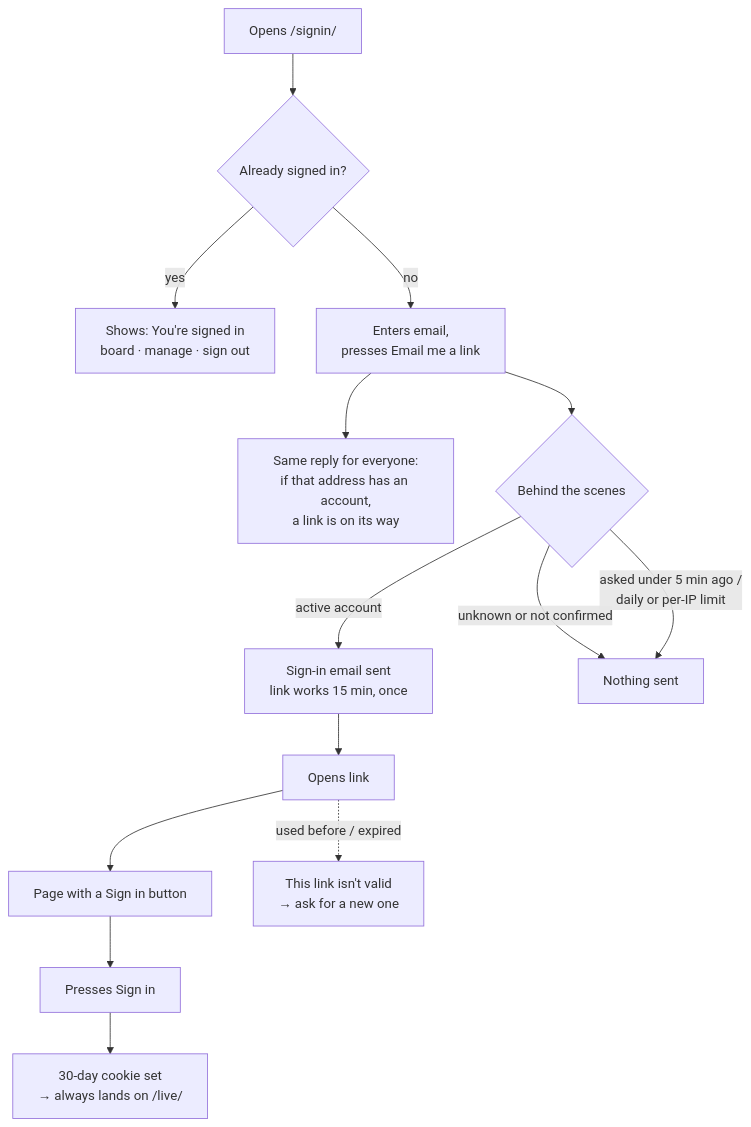
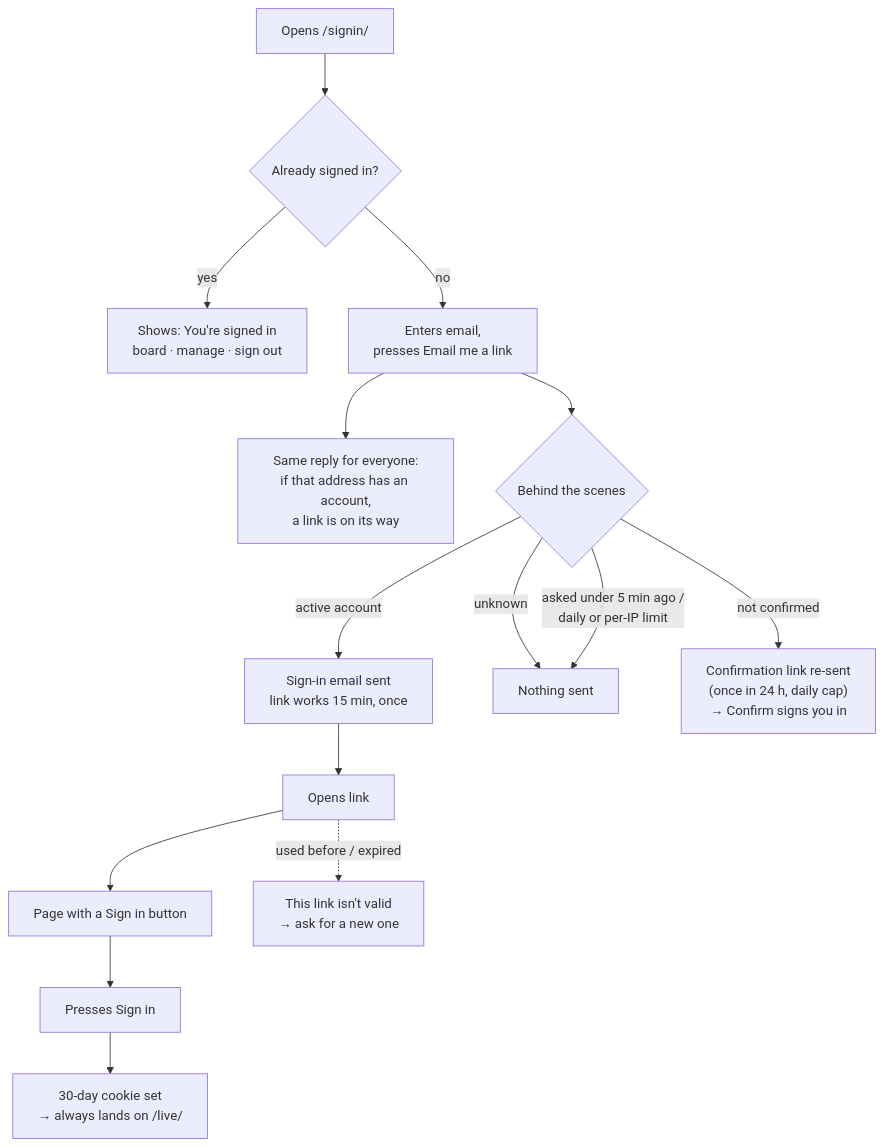
Before and after one commit to bhawnamanglapm/travel-problem-radar-case-study: the second of 3 diagrams in docs/subscriptions/account-flows.md, drawn with Mermaid. The commit also changed other lines of this file and 6 other files, not shown here.

First line of the commit message:
Docs: account-flow fixes

````diff
--- a/docs/subscriptions/account-flows.md
+++ b/docs/subscriptions/account-flows.md
@@ -44,16 +48,17 @@
 ```mermaid
 flowchart TD
   A["Opens /signin/"] --> B{"Already signed in?"}
   B -- yes --> B1["Shows: You're signed in<br/>board · manage · sign out"]
   B -- no --> C["Enters email,<br/>presses Email me a link"]
   C --> R["Same reply for everyone:<br/>if that address has an account,<br/>a link is on its way"]
   C --> D{"Behind the scenes"}
   D -- "active account" --> E["Sign-in email sent<br/>link works 15 min, once"]
-  D -- "unknown or not confirmed" --> N["Nothing sent"]
+  D -- "unknown" --> N["Nothing sent"]
+  D -- "not confirmed" --> CF["Confirmation link re-sent<br/>(once in 24 h, daily cap)<br/>→ Confirm signs you in"]
   D -- "asked under 5 min ago /<br/>daily or per-IP limit" --> N
   E --> F["Opens link"]
   F --> G["Page with a Sign in button"]
   G --> H["Presses Sign in"]
   H --> I["30-day cookie set<br/>→ always lands on /live/"]
   F -. "used before / expired" .-> Z["This link isn't valid<br/>→ ask for a new one"]
 ```
````
